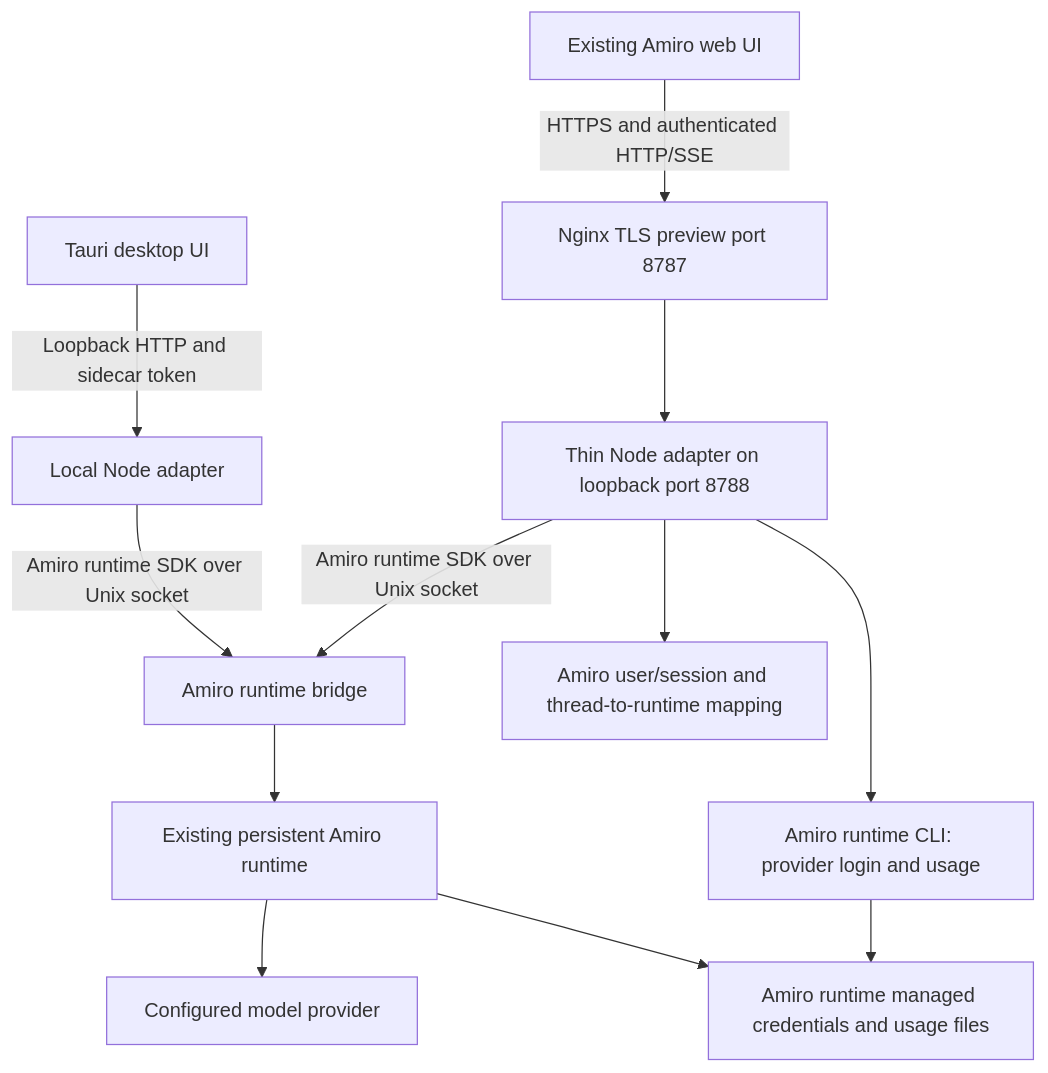
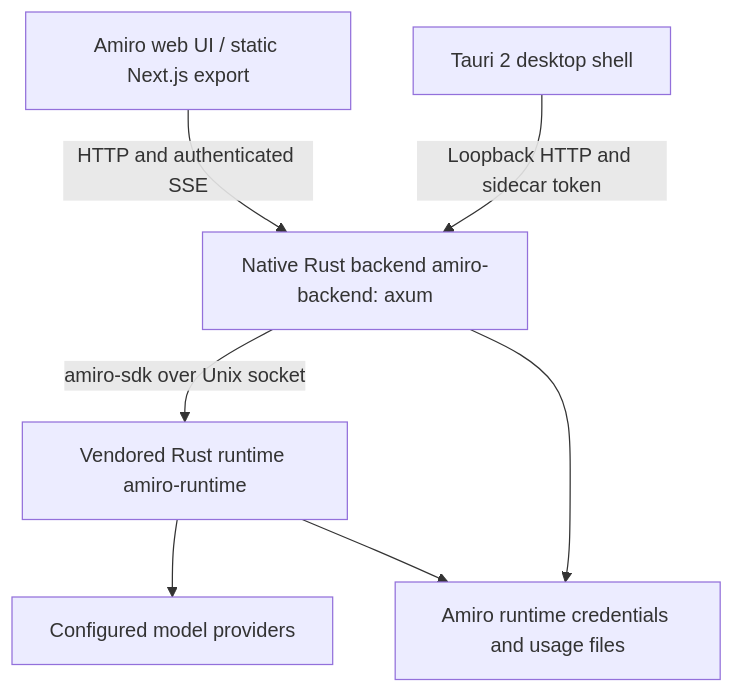
Before and after one commit to vallabha717/Amiro: the diagram in docs/AMIRO-RUNTIME.md, drawn with Mermaid. The commit also changed other lines of this file and 31 other files, not shown here.

````diff
--- a/docs/AMIRO-RUNTIME.md
+++ b/docs/AMIRO-RUNTIME.md
@@ -7,14 +7,9 @@
 ```mermaid
 flowchart TD
-    W[Existing Amiro web UI] -->|HTTPS and authenticated HTTP/SSE| N[Nginx TLS preview port 8787]
-    N --> A[Thin Node adapter on loopback port 8788]
-    D[Tauri desktop UI] -->|Loopback HTTP and sidecar token| L[Local Node adapter]
-    A -->|Amiro runtime SDK over Unix socket| B[Amiro runtime bridge]
-    L -->|Amiro runtime SDK over Unix socket| B
-    B --> J[Existing persistent Amiro runtime]
-    J --> P[Configured model provider]
-    A --> C[Amiro runtime CLI: provider login and usage]
-    C --> S[Amiro runtime managed credentials and usage files]
-    J --> S
-    A --> M[Amiro user/session and thread-to-runtime mapping]
+    W[Amiro web UI / static Next.js export] -->|HTTP and authenticated SSE| B[Native Rust backend amiro-backend: axum]
+    D[Tauri 2 desktop shell] -->|Loopback HTTP and sidecar token| B
+    B -->|amiro-sdk over Unix socket| R[Vendored Rust runtime amiro-runtime]
+    R --> P[Configured model providers]
+    B --> S[Amiro runtime credentials and usage files]
+    R --> S
 ```
````
